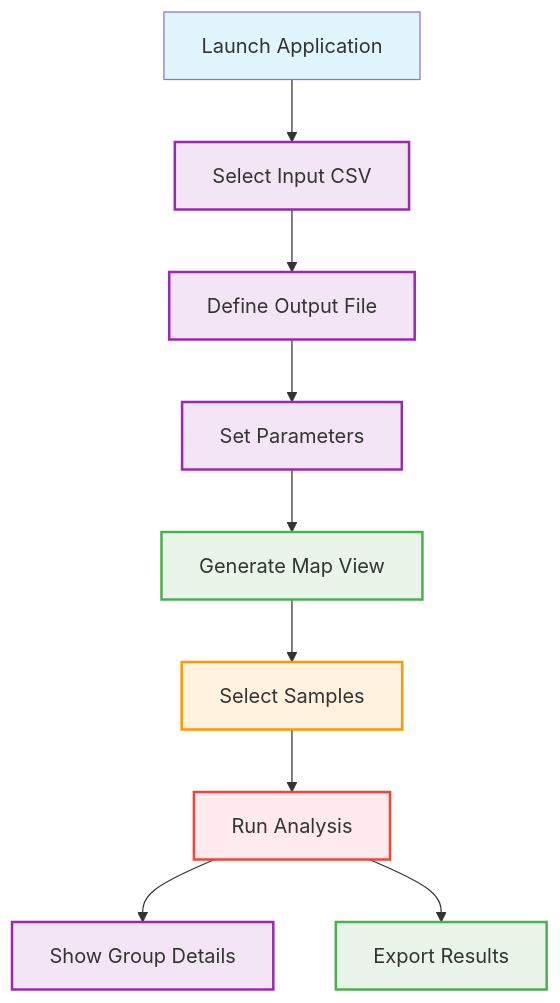
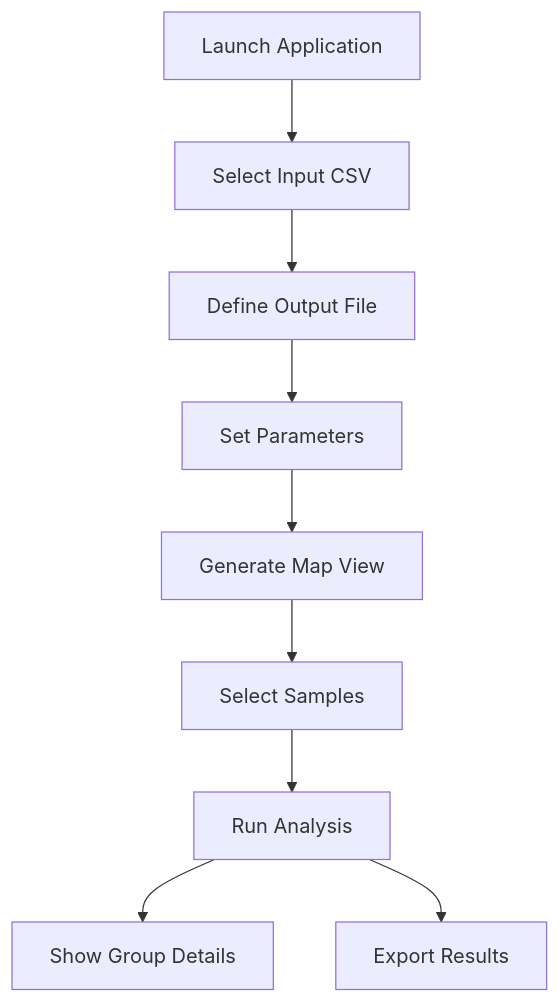
The first of 3 diagrams in frontend/README.md (CITS3200-group-31/ENTROPYMAX2.0), drawn with Mermaid before and after one commit. The commit also changed other lines of this file, not shown here.

````diff
--- a/frontend/README.md
+++ b/frontend/README.md
@@ -32,31 +32,11 @@
 ```mermaid
 flowchart TD
     A[Launch Application] --> B[Select Input CSV]
     B --> C[Define Output File]
     C --> D[Set Parameters]
     D --> E[Generate Map View]
     E --> F[Select Samples]
     F --> G[Run Analysis]
     G --> H[Show Group Details]
     G --> I[Export Results]
-
-    style A fill:#e1f5fe
-    style B fill:#f3e5f5
-    style C fill:#f3e5f5
-    style D fill:#f3e5f5
-    style E fill:#e8f5e8
-    style F fill:#fff3e0
-    style G fill:#ffebee
-    style H fill:#f3e5f5
-    style I fill:#e8f5e8
-
-    classDef inputStep fill:#f3e5f5,stroke:#9c27b0,stroke-width:2px
-    classDef processStep fill:#e8f5e8,stroke:#4caf50,stroke-width:2px
-    classDef analysisStep fill:#ffebee,stroke:#f44336,stroke-width:2px
-    classDef outputStep fill:#fff3e0,stroke:#ff9800,stroke-width:2px
-
-    class B,C,D,H inputStep
-    class E,I processStep
-    class G analysisStep
-    class F outputStep
 ```
````
